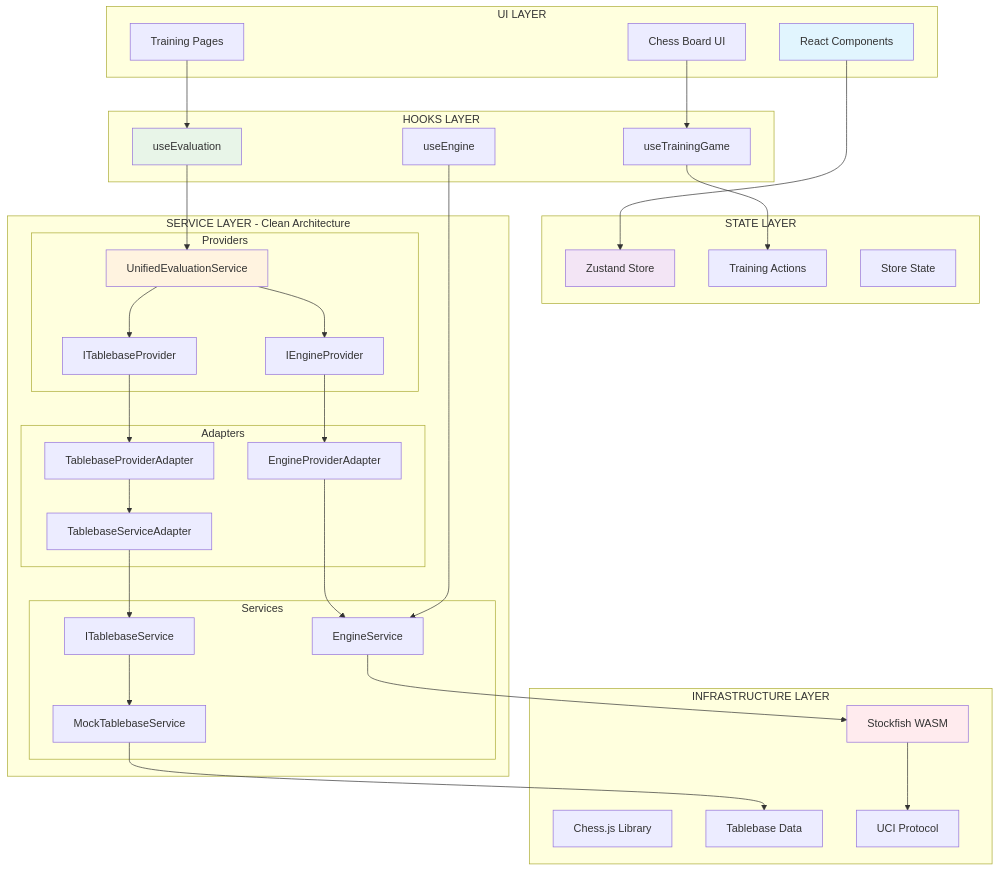
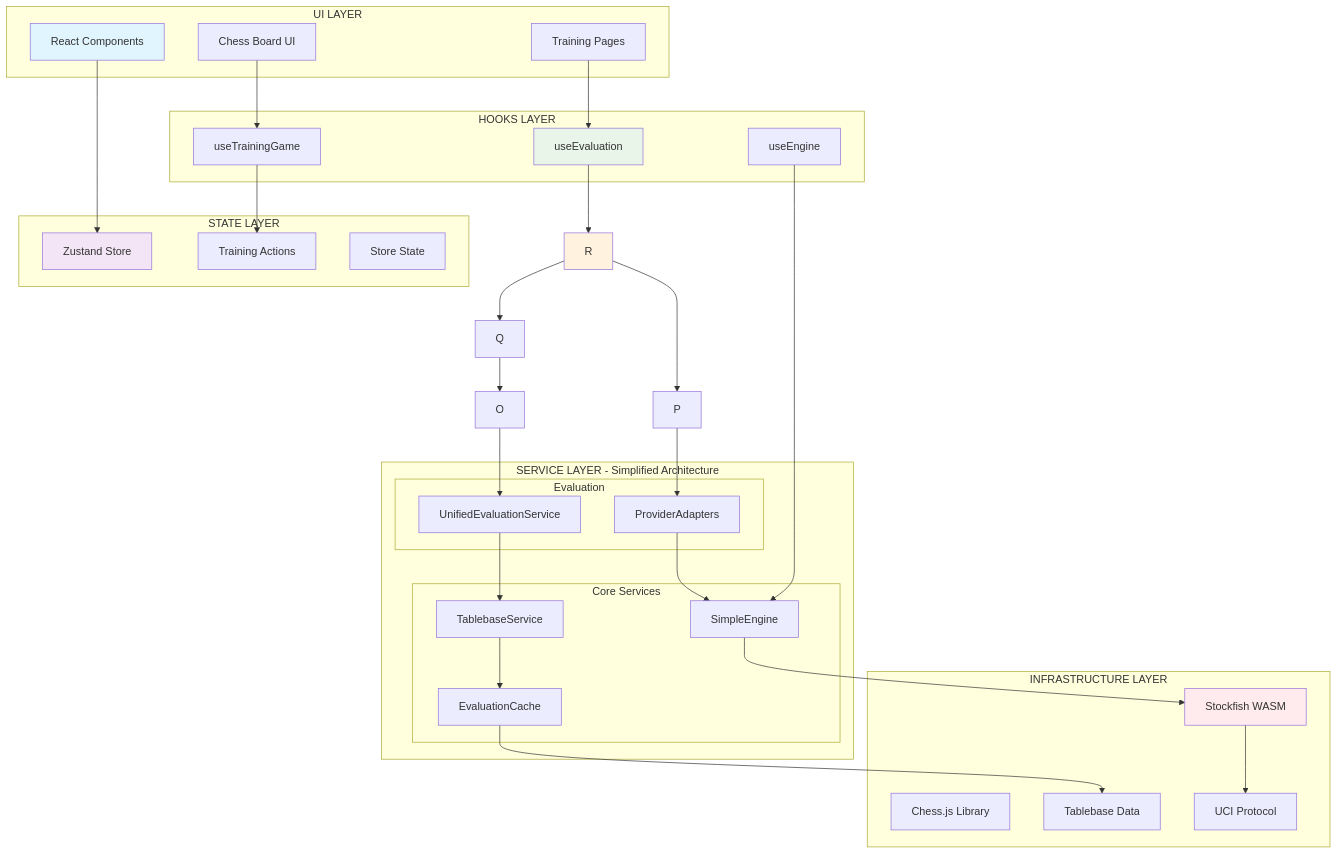
The diagram in docs/ARCHITECTURE.md (thehugegatsby/ChessEndgameTrainer), drawn with Mermaid before and after one commit. The commit also changed 77 other files, not shown here.

First line of the commit message:
feat: complete engine architecture refactoring with clean altlasten removal

````diff
--- a/docs/ARCHITECTURE.md
+++ b/docs/ARCHITECTURE.md
@@ -10,69 +10,63 @@
 ```mermaid
 graph TB
     subgraph "UI LAYER"
         A[React Components]
         B[Training Pages]
         C[Chess Board UI]
     end
     
     subgraph "STATE LAYER"
         D[Zustand Store]
         E[Training Actions]
         F[Store State]
     end
     
     subgraph "HOOKS LAYER"
         G[useEvaluation]
         H[useTrainingGame]
         I[useEngine]
     end
     
-    subgraph "SERVICE LAYER - Clean Architecture"
-        subgraph "Services"
-            J[ITablebaseService]
-            K[MockTablebaseService]
-            L[EngineService]
+    subgraph "SERVICE LAYER - Simplified Architecture"
+        subgraph "Core Services"
+            J[TablebaseService]
+            K[EvaluationCache]
+            L[SimpleEngine]
         end
-        subgraph "Adapters"
-            M[TablebaseServiceAdapter]
-            N[EngineProviderAdapter]
-            O[TablebaseProviderAdapter]
-        end
-        subgraph "Providers"
-            P[IEngineProvider]
-            Q[ITablebaseProvider]
-            R[UnifiedEvaluationService]
+        subgraph "Evaluation"
+            M[UnifiedEvaluationService]
+            N[ProviderAdapters]
         end
     end
     
     subgraph "INFRASTRUCTURE LAYER"
         S[Chess.js Library]
         T[Stockfish WASM]
         U[Tablebase Data]
         V[UCI Protocol]
     end
     
     A --> D
     B --> G
     C --> H
     G --> R
     H --> E
     I --> L
     R --> P
     R --> Q
     P --> N
     Q --> O
     O --> M
     M --> J
     J --> K
     N --> L
     L --> T
     T --> V
     K --> U
     
     style A fill:#e1f5fe
     style D fill:#f3e5f5
     style G fill:#e8f5e8
     style R fill:#fff3e0
     style T fill:#ffebee
 ```
````
